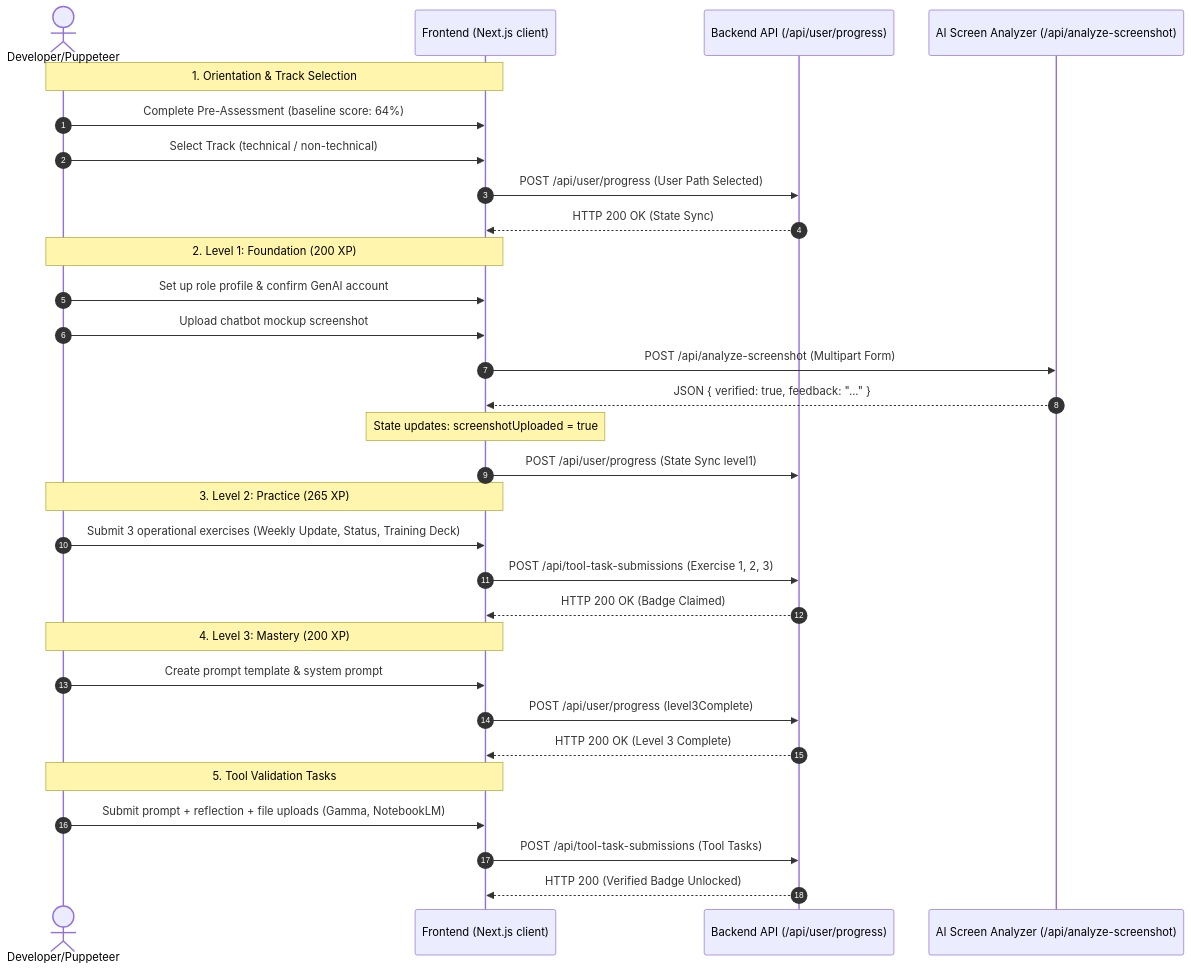
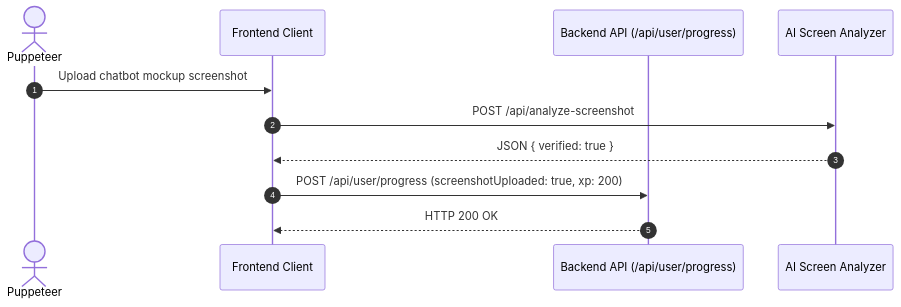
The diagram in README.md (AggresiveP/aiskills), drawn with Mermaid before and after one commit. The commit also changed other lines of this file, not shown here.

````diff
--- a/README.md
+++ b/README.md
@@ -11,37 +83,14 @@
 ```mermaid
 sequenceDiagram
     autonumber
-    actor Tester as Developer/Puppeteer
-    participant FE as Frontend (Next.js client)
+    actor Tester as Puppeteer
+    participant FE as Frontend Client
     participant BE as Backend API (/api/user/progress)
-    participant AI as AI Screen Analyzer (/api/analyze-screenshot)
+    participant AI as AI Screen Analyzer
 
-    Note over Tester, FE: 1. Orientation & Track Selection
-    Tester->>FE: Complete Pre-Assessment (baseline score: 64%)
-    Tester->>FE: Select Track (technical / non-technical)
-    FE->>BE: POST /api/user/progress (User Path Selected)
-    BE-->>FE: HTTP 200 OK (State Sync)
-
-    Note over Tester, FE: 2. Level 1: Foundation (200 XP)
-    Tester->>FE: Set up role profile & confirm GenAI account
     Tester->>FE: Upload chatbot mockup screenshot
-    FE->>AI: POST /api/analyze-screenshot (Multipart Form)
-    AI-->>FE: JSON { verified: true, feedback: "..." }
-    Note over FE: State updates: screenshotUploaded = true
-    FE->>BE: POST /api/user/progress (State Sync level1)
-
-    Note over Tester, FE: 3. Level 2: Practice (265 XP)
-    Tester->>FE: Submit 3 operational exercises (Weekly Update, Status, Training Deck)
-    FE->>BE: POST /api/tool-task-submissions (Exercise 1, 2, 3)
-    BE-->>FE: HTTP 200 OK (Badge Claimed)
-
-    Note over Tester, FE: 4. Level 3: Mastery (200 XP)
-    Tester->>FE: Create prompt template & system prompt
-    FE->>BE: POST /api/user/progress (level3Complete)
-    BE-->>FE: HTTP 200 OK (Level 3 Complete)
-
-    Note over Tester, FE: 5. Tool Validation Tasks
-    Tester->>FE: Submit prompt + reflection + file uploads (Gamma, NotebookLM)
-    FE->>BE: POST /api/tool-task-submissions (Tool Tasks)
-    BE-->>FE: HTTP 200 (Verified Badge Unlocked)
+    FE->>AI: POST /api/analyze-screenshot
+    AI-->>FE: JSON { verified: true }
+    FE->>BE: POST /api/user/progress (screenshotUploaded: true, xp: 200)
+    BE-->>FE: HTTP 200 OK
 ```
````
